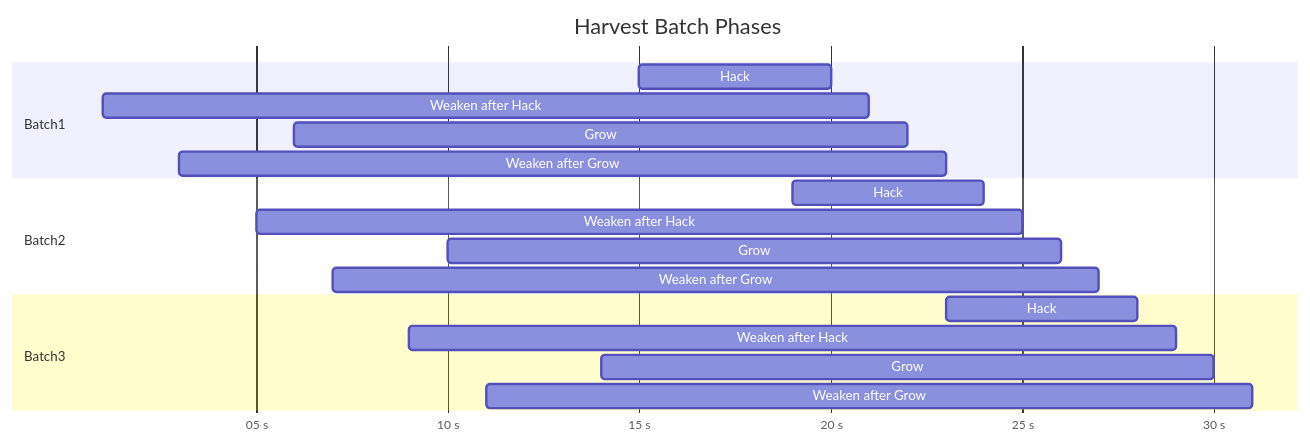
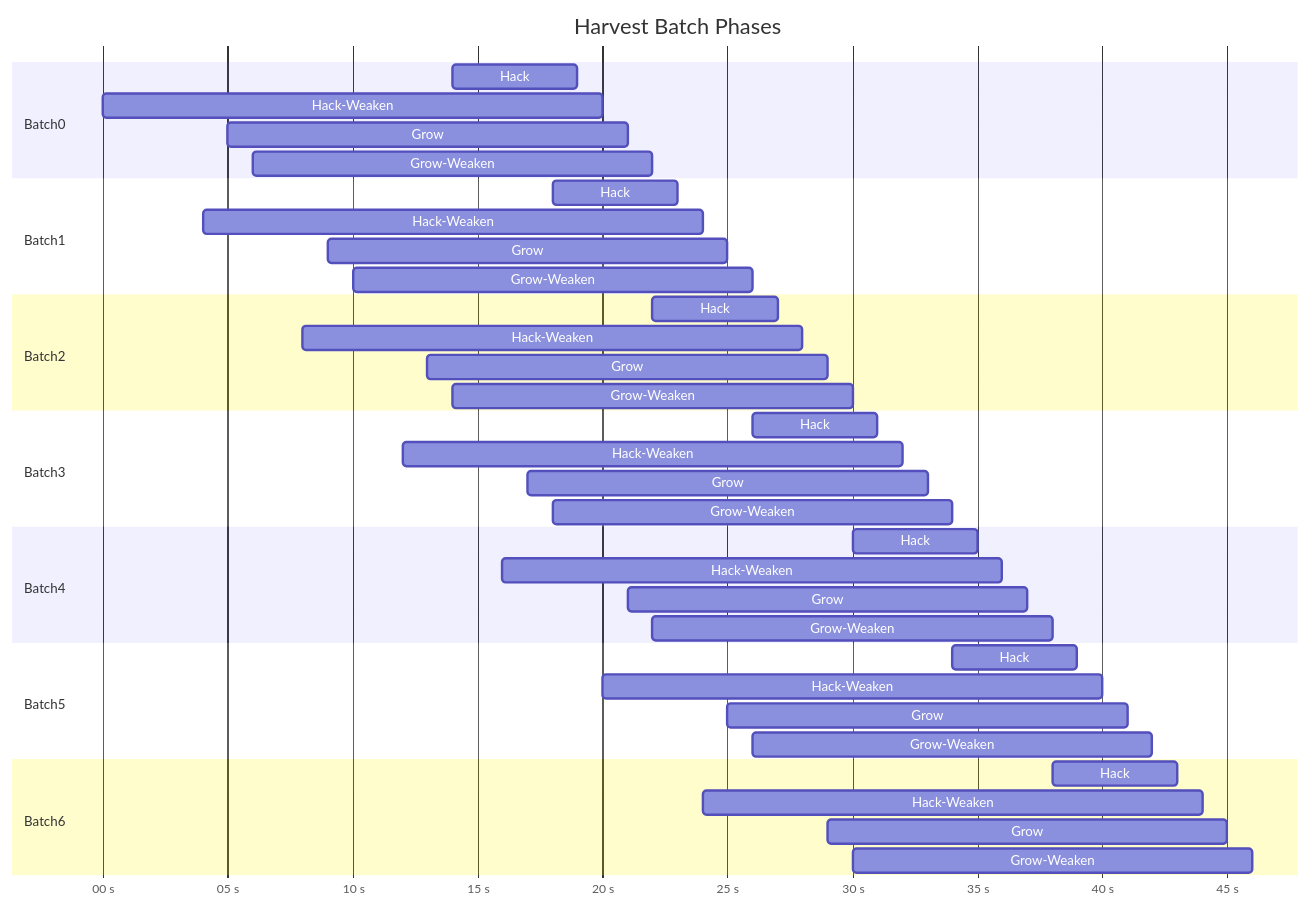
Before and after one commit to RadicalZephyr/bitburner-scripts: the diagram in docs/harvest-timing-diagram.md, drawn with Mermaid.

Commit message:
[docs] Extend harvest timing diagram to a fully pipelined round of batches

````diff
--- a/docs/harvest-timing-diagram.md
+++ b/docs/harvest-timing-diagram.md
@@ -5,24 +5,48 @@
 ```mermaid
 gantt
 title Harvest Batch Phases
 dateFormat s
 axisFormat %S s
 
+section Batch0
+Hack        :h0,  14, 19
+Hack-Weaken :hw0,  0, 20
+Grow        :g0,  5, 21
+Grow-Weaken :gw0,  6, 22
+
 section Batch1
-Hack                 :hack, 15, 20
-Weaken after Hack    :w1, 1, 21
-Grow                 :grow, 6, 22
-Weaken after Grow    :w2, 3, 23
+Hack        :h1,  18, 23
+Hack-Weaken :hw1,  4, 24
+Grow        :g1,  9, 25
+Grow-Weaken :gw1,  10, 26
 
 section Batch2
-Hack                 :hack, 19, 24
-Weaken after Hack    :w1, 5, 25
-Grow                 :grow, 10, 26
-Weaken after Grow    :w2, 7, 27
+Hack        :h2,  22, 27
+Hack-Weaken :hw2,  8, 28
+Grow        :g2,  13, 29
+Grow-Weaken :gw2,  14, 30
 
 section Batch3
-Hack                 :hack, 23, 28
-Weaken after Hack    :w1, 9, 29
-Grow                 :grow, 14, 30
-Weaken after Grow    :w2, 11, 31
+Hack        :h3,  26, 31
+Hack-Weaken :hw3,  12, 32
+Grow        :g3,  17, 33
+Grow-Weaken :gw3,  18, 34
+
+section Batch4
+Hack        :h4,  30, 35
+Hack-Weaken :hw4,  16, 36
+Grow        :g4,  21, 37
+Grow-Weaken :gw4,  22, 38
+
+section Batch5
+Hack        :h5,  34, 39
+Hack-Weaken :hw5,  20, 40
+Grow        :g5,  25, 41
+Grow-Weaken :gw5,  26, 42
+
+section Batch6
+Hack        :h6,  38, 43
+Hack-Weaken :hw6,  24, 44
+Grow        :g6,  29, 45
+Grow-Weaken :gw6,  30, 46
 ```
````
